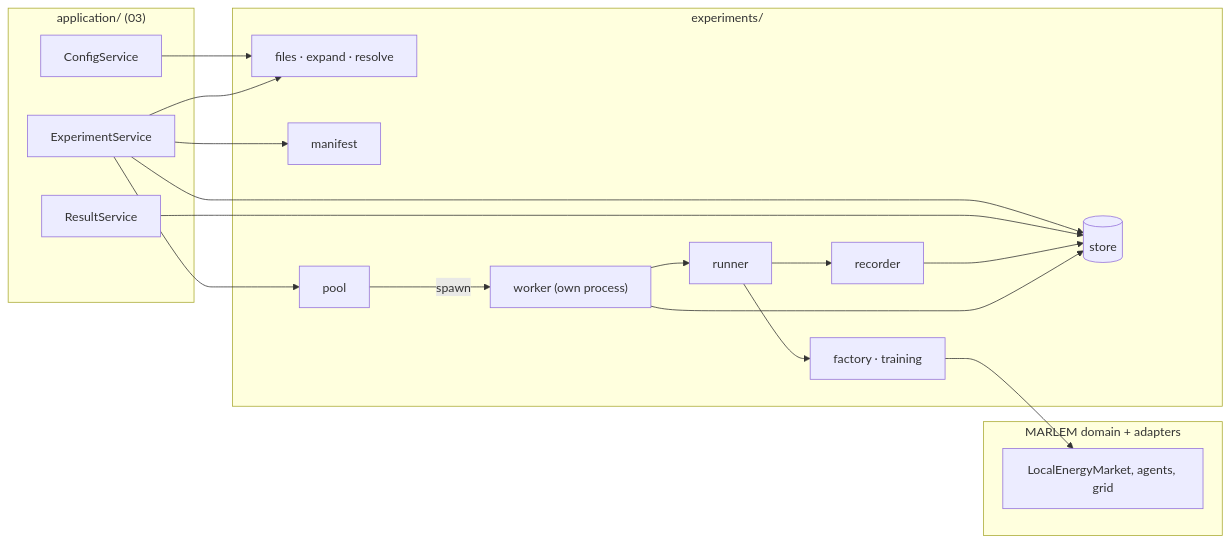
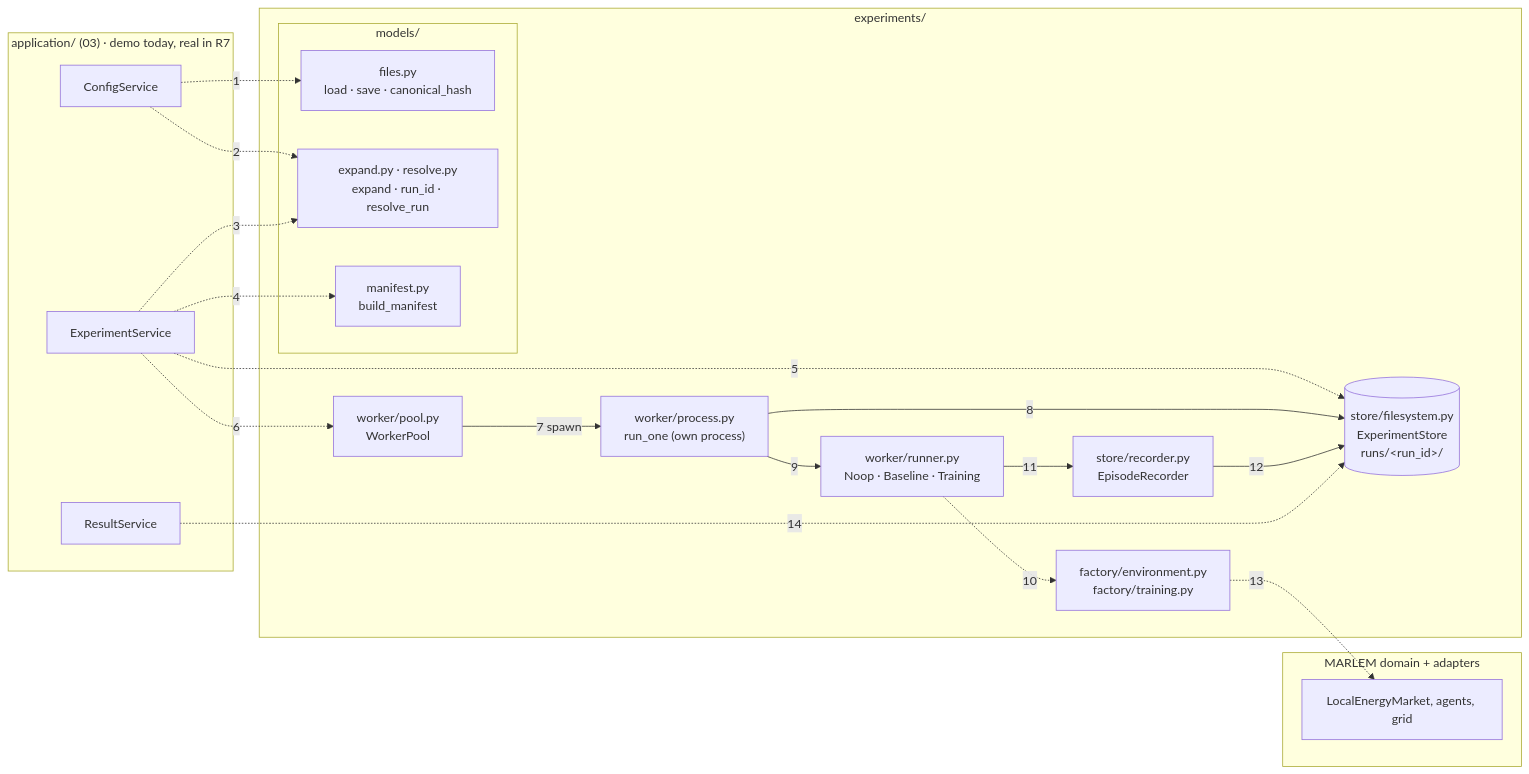
The first of 3 diagrams in docs/thesis/architecture/05-experiment-layer.md (KevinRapo/P2P-thesis), drawn with Mermaid before and after one commit. The commit also changed other lines of this file, not shown here.

Commit message:
docs(architecture): 05 §1 diagram shows modules and numbered calls
Each box names its module and main function; each arrow is numbered and
the table under the diagram maps it to the business step and the exact
functions it calls, marking which calls exist and which are planned.

````diff
--- a/docs/thesis/architecture/05-experiment-layer.md
+++ b/docs/thesis/architecture/05-experiment-layer.md
@@ -32,34 +32,38 @@
 ```mermaid
 flowchart LR
-  subgraph APP["application/ (03)"]
+  subgraph APP["application/ (03) · demo today, real in R7"]
     CF["ConfigService"]
     EX["ExperimentService"]
     RE["ResultService"]
   end
   subgraph EXP["experiments/"]
-    FIL["files · expand · resolve"]
-    MAN["manifest"]
-    STO[("store")]
-    POOL["pool"]
-    WRK["worker (own process)"]
-    RUN["runner"]
-    REC["recorder"]
-    FAC["factory · training"]
+    subgraph MOD["models/"]
+      FIL["files.py<br/>load · save · canonical_hash"]
+      EXPD["expand.py · resolve.py<br/>expand · run_id · resolve_run"]
+      MAN["manifest.py<br/>build_manifest"]
+    end
+    STO[("store/filesystem.py<br/>ExperimentStore<br/>runs/&lt;run_id&gt;/")]
+    POOL["worker/pool.py<br/>WorkerPool"]
+    WRK["worker/process.py<br/>run_one (own process)"]
+    RUN["worker/runner.py<br/>Noop · Baseline · Training"]
+    REC["store/recorder.py<br/>EpisodeRecorder"]
+    FAC["factory/environment.py<br/>factory/training.py"]
   end
   subgraph DOM["MARLEM domain + adapters"]
     ENV["LocalEnergyMarket, agents, grid"]
   end
-  CF --> FIL
-  EX --> FIL
-  EX --> MAN
-  EX --> STO
-  EX --> POOL
-  RE --> STO
-  POOL -->|spawn| WRK
-  WRK --> RUN
-  RUN --> REC
-  RUN --> FAC
-  REC --> STO
-  WRK --> STO
-  FAC --> ENV
+  CF -. "1" .-> FIL
+  CF -. "2" .-> EXPD
+  EX -. "3" .-> EXPD
+  EX -. "4" .-> MAN
+  EX -. "5" .-> STO
+  EX -. "6" .-> POOL
+  POOL -->|"7 spawn"| WRK
+  WRK -->|"8"| STO
+  WRK -->|"9"| RUN
+  RUN -. "10" .-> FAC
+  RUN -->|"11"| REC
+  REC -->|"12"| STO
+  FAC -. "13" .-> ENV
+  RE -. "14" .-> STO
 ```
````
